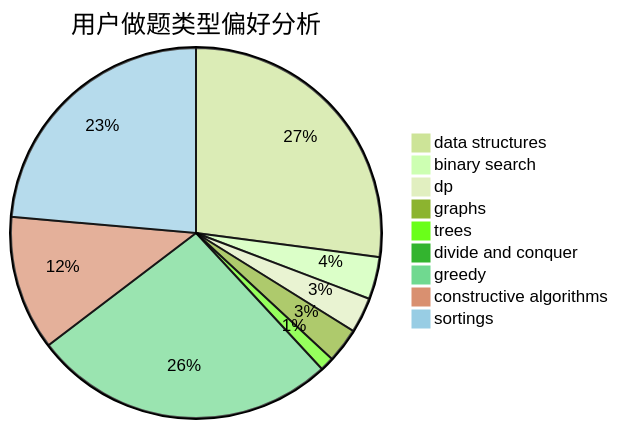
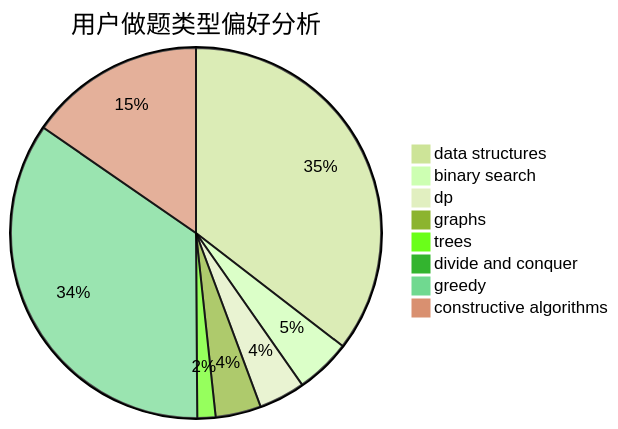
Before and after one commit to sherpahu/cfrs.github.io: the second of 3 diagrams in docs/user/u1123.md, drawn with Mermaid (forest theme). The commit also changed other lines of this file and 2769 other files, not shown here.

````diff
--- a/docs/user/u1123.md
+++ b/docs/user/u1123.md
@@ -18,12 +18,11 @@
 ```mermaid
 pie title 用户做题类型偏好分析
     "data structures" :  491
     "binary search" :  67
     "dp" :  56
     "graphs" :  55
     "trees" :  22
     "divide and conquer" :  10
     "greedy" :  481
     "constructive algorithms" :  213
-    "sortings" :  428
 ```
````
